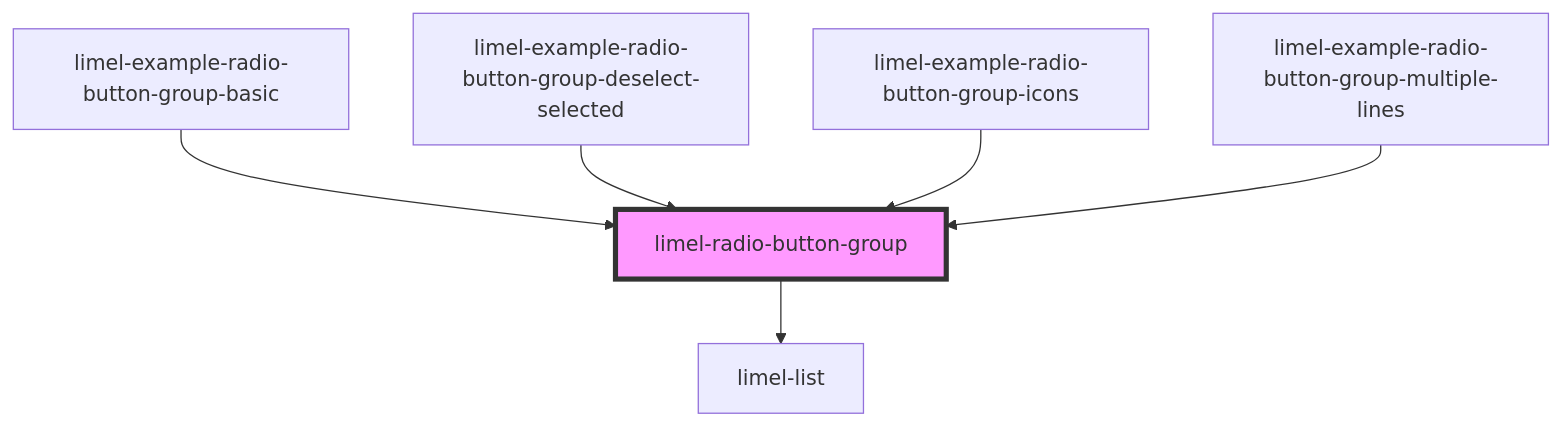
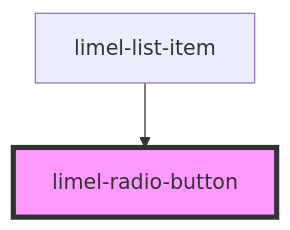
The diagram in versions/PR-4082/markdown-docs/components/radio-button-group/readme.md (Lundalogik/lime-elements), drawn with Mermaid before and after one commit. The commit also changed other lines of this file and 533 other files, not shown here.

````diff
--- a/versions/PR-4082/markdown-docs/components/radio-button-group/readme.md
+++ b/versions/PR-4082/markdown-docs/components/radio-button-group/readme.md
@@ -48,9 +52,5 @@
 ```mermaid
 graph TD;
-  limel-radio-button-group --> limel-list
-  limel-example-radio-button-group-basic --> limel-radio-button-group
-  limel-example-radio-button-group-deselect-selected --> limel-radio-button-group
-  limel-example-radio-button-group-icons --> limel-radio-button-group
-  limel-example-radio-button-group-multiple-lines --> limel-radio-button-group
-  style limel-radio-button-group fill:#f9f,stroke:#333,stroke-width:4px
+  limel-list-item --> limel-radio-button
+  style limel-radio-button fill:#f9f,stroke:#333,stroke-width:4px
 ```
````
